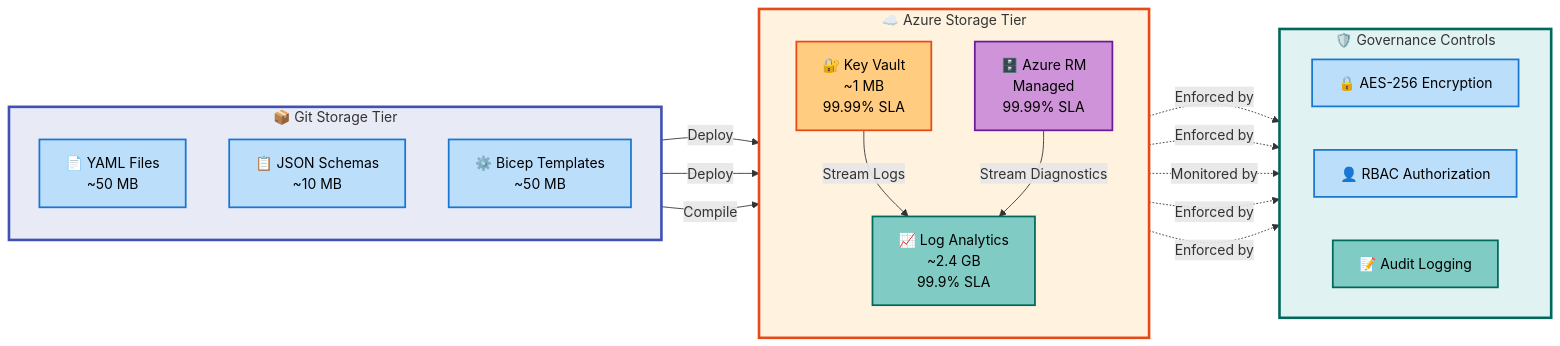
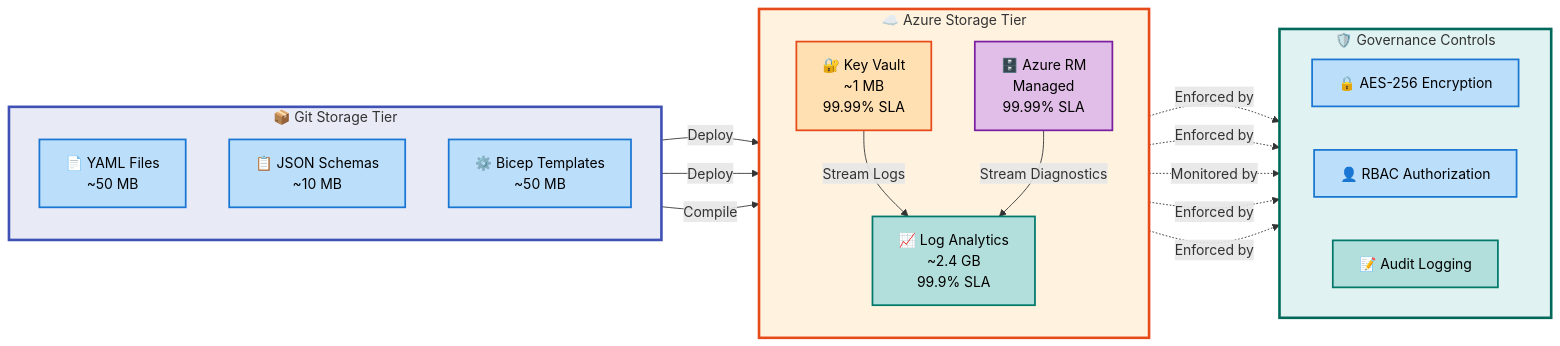
The second of 9 diagrams in docs/architecture/data-architecture.md (Evilazaro/DevExp-DevBox), drawn with Mermaid before and after one commit. The commit also changed other lines of this file, not shown here.

Commit message:
refactor: update color scheme documentation for data domains and flow stages

````diff
--- a/docs/architecture/data-architecture.md
+++ b/docs/architecture/data-architecture.md
@@ -848,59 +848,59 @@
 ```mermaid
 flowchart LR
     accTitle: Current State Data Architecture Baseline
     accDescr: Documents the as-deployed data architecture showing three primary storage tiers with data flows and governance controls. Git repository contains configuration files flowing to Azure Key Vault for secrets and Log Analytics for observability data. All data stores implement encryption at rest and RBAC-based access controls.
 
     %% ============================================
     %% STANDARD COLOR SCHEME v2.8.0 - Material Design Compliant
     %% ============================================
     %% SEMANTIC COLORS (storage tiers - functional purpose):
     %%   Blue=#BBDEFB (Git Storage Tier)
-    %%   Orange=#FFCC80 (Azure Key Vault - Security)
-    %%   Teal=#80CBC4 (Log Analytics - Observability)
-    %%   Purple=#CE93D8 (Azure RM - Resource Management)
-    %% Material Design palette with WCAG AA compliance
+    %%   Orange=#FFE0B2 (Azure Key Vault - Security)
+    %%   Teal=#B2DFDB (Log Analytics - Observability)
+    %%   Purple=#E1BEE7 (Azure RM - Resource Management)
+    %% Material Design 100-level palette with WCAG AA compliance
     %% ============================================
 
     classDef mdIndigoDark fill:#3F51B5,stroke:#1A237E,stroke-width:3px,color:#FFF
     classDef mdBlue fill:#BBDEFB,stroke:#1976D2,stroke-width:2px,color:#000
-    classDef mdOrange fill:#FFCC80,stroke:#E64A19,stroke-width:2px,color:#000
-    classDef mdTeal fill:#80CBC4,stroke:#00695C,stroke-width:2px,color:#000
-    classDef mdPurple fill:#CE93D8,stroke:#6A1B9A,stroke-width:2px,color:#000
+    classDef mdOrange fill:#FFE0B2,stroke:#E64A19,stroke-width:2px,color:#000
+    classDef mdTeal fill:#B2DFDB,stroke:#00796B,stroke-width:2px,color:#000
+    classDef mdPurple fill:#E1BEE7,stroke:#7B1FA2,stroke-width:2px,color:#000
 
     subgraph GitStorage["📦 Git Storage Tier"]
         direction TB
         YAML["📄 YAML Files<br/>~50 MB"]:::mdBlue
         Schemas["📋 JSON Schemas<br/>~10 MB"]:::mdBlue
         Bicep["⚙️ Bicep Templates<br/>~50 MB"]:::mdBlue
     end
 
     subgraph AzureStorage["☁️ Azure Storage Tier"]
         direction TB
         KV["🔐 Key Vault<br/>~1 MB<br/>99.99% SLA"]:::mdOrange
         LA["📈 Log Analytics<br/>~2.4 GB<br/>99.9% SLA"]:::mdTeal
         AzureRM["🗄️ Azure RM<br/>Managed<br/>99.99% SLA"]:::mdPurple
     end
 
     subgraph Governance["🛡️ Governance Controls"]
         direction LR
         Encryption["🔒 AES-256 Encryption"]:::mdBlue
         RBAC["👤 RBAC Authorization"]:::mdBlue
         Audit["📝 Audit Logging"]:::mdTeal
     end
 
     YAML -->|Deploy| KV
     YAML -->|Deploy| AzureRM
     Bicep -->|Compile| AzureRM
     KV -->|Stream Logs| LA
     AzureRM -->|Stream Diagnostics| LA
 
     KV -.->|Enforced by| Encryption
     KV -.->|Enforced by| RBAC
     KV -.->|Monitored by| Audit
     LA -.->|Enforced by| Encryption
     LA -.->|Enforced by| RBAC
 
     style GitStorage fill:#E8EAF6,stroke:#3F51B5,stroke-width:3px
     style AzureStorage fill:#FFF3E0,stroke:#E64A19,stroke-width:3px
     style Governance fill:#E0F2F1,stroke:#00695C,stroke-width:3px
 ```
````
